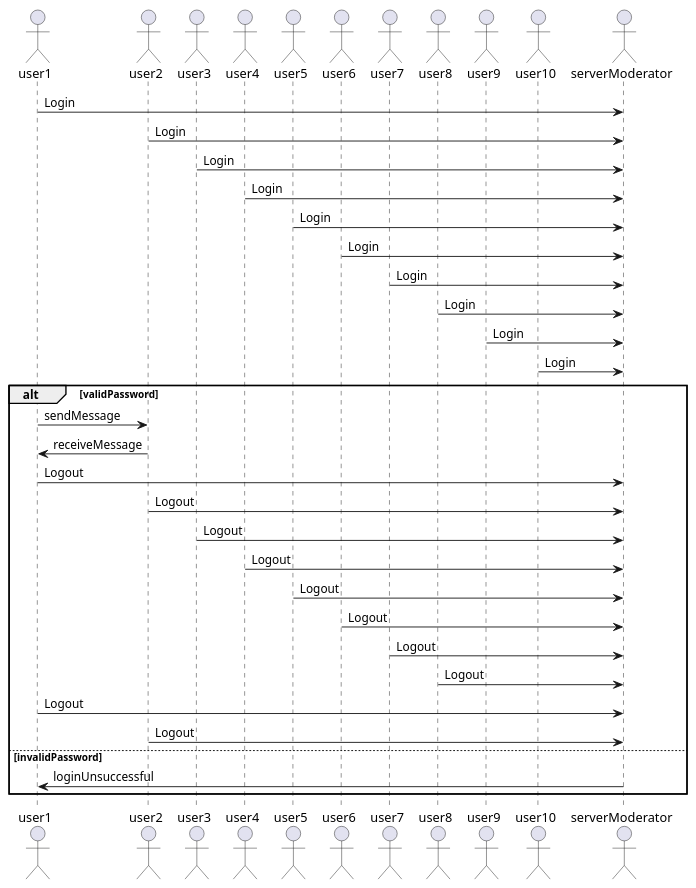
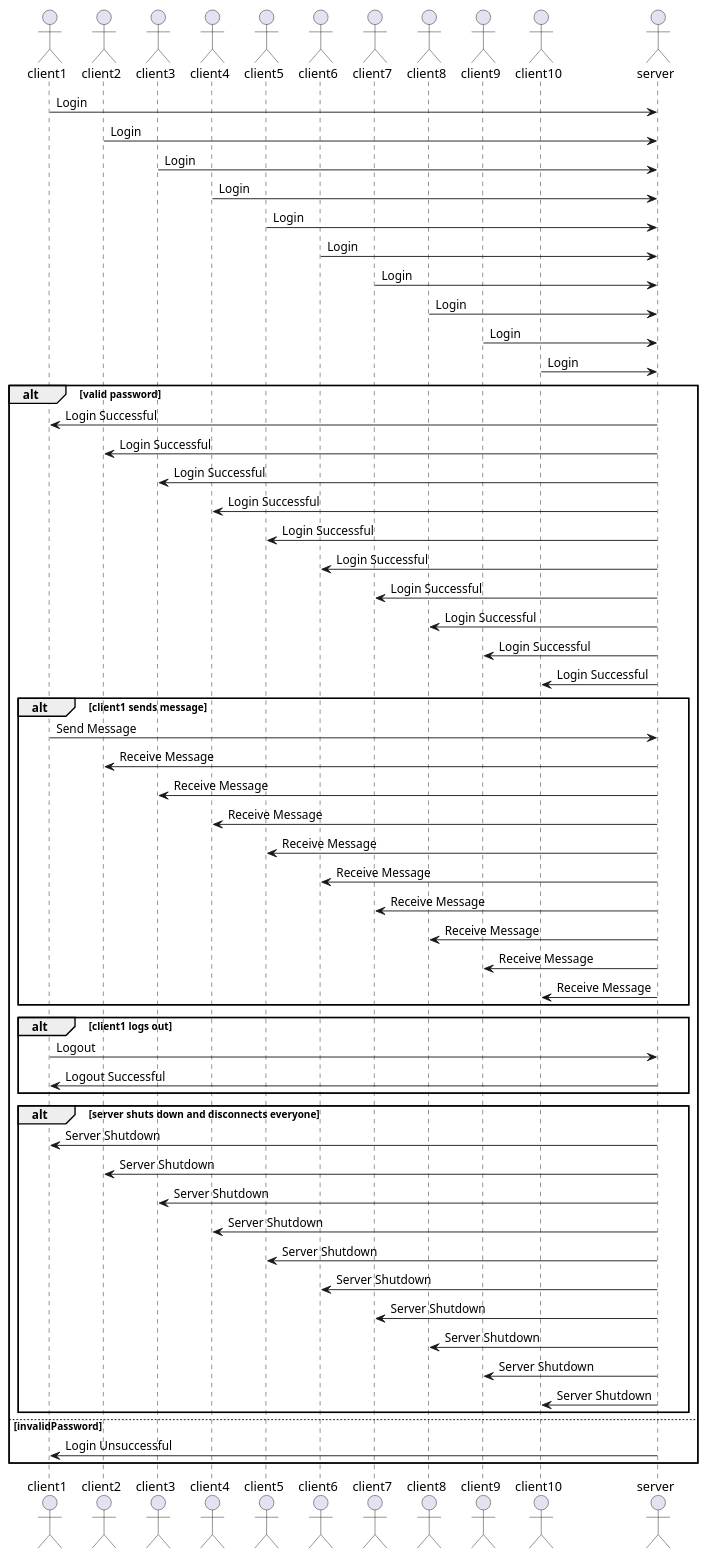
One commit to LivSully/SecureChat---Encrypted-Multi-Client-Messaging-Platform changed the diagram in docs/Project1Sequence.puml. Above: the diagram before and after it, drawn with PlantUML.

Commit message:
Updated sequence diagram to better reflect the updated version of our project

```diff
--- a/docs/Project1Sequence.puml
+++ b/docs/Project1Sequence.puml
@@ -1,42 +1,73 @@
 @startuml secureChat
 
-actor user1
-actor user2
-actor user3
-actor user4
-actor user5
-actor user6
-actor user7
-actor user8
-actor user9
-actor user10
-actor serverModerator
+actor client1
+actor client2
+actor client3
+actor client4
+actor client5
+actor client6
+actor client7
+actor client8
+actor client9
+actor client10
+actor server
 
-user1 -> serverModerator: Login
-user2 -> serverModerator: Login
-user3 -> serverModerator: Login
-user4 -> serverModerator: Login
-user5 -> serverModerator: Login
-user6 -> serverModerator: Login
-user7 -> serverModerator: Login
-user8 -> serverModerator: Login
-user9 -> serverModerator: Login
-user10 -> serverModerator: Login
-alt validPassword
-    user1 -> user2: sendMessage
-    user2 -> user1: receiveMessage
-    user1 -> serverModerator: Logout
-    user2 -> serverModerator: Logout
-    user3 -> serverModerator: Logout
-    user4 -> serverModerator: Logout
-    user5 -> serverModerator: Logout
-    user6 -> serverModerator: Logout
-    user7 -> serverModerator: Logout
-    user8 -> serverModerator: Logout
-    user1 -> serverModerator: Logout
-    user2 -> serverModerator: Logout
+client1 -> server: Login
+client2 -> server: Login
+client3 -> server: Login
+client4 -> server: Login
+client5 -> server: Login
+client6 -> server: Login
+client7 -> server: Login
+client8 -> server: Login
+client9 -> server: Login
+client10 -> server: Login
+
+alt valid password
+    server -> client1: Login Successful
+    server -> client2: Login Successful
+    server -> client3: Login Successful
+    server -> client4: Login Successful
+    server -> client5: Login Successful
+    server -> client6: Login Successful
+    server -> client7: Login Successful
+    server -> client8: Login Successful
+    server -> client9: Login Successful
+    server -> client10: Login Successful
+    
+    alt client1 sends message 
+        client1 -> server: Send Message
+        server -> client2: Receive Message
+        server -> client3: Receive Message
+        server -> client4: Receive Message
+        server -> client5: Receive Message
+        server -> client6: Receive Message
+        server -> client7: Receive Message
+        server -> client8: Receive Message
+        server -> client9: Receive Message
+        server -> client10: Receive Message
+    end
+    
+    alt client1 logs out
+        client1 -> server: Logout
+        server -> client1: Logout Successful
+    end
+
+    alt server shuts down and disconnects everyone
+        server -> client1: Server Shutdown
+        server -> client2: Server Shutdown
+        server -> client3: Server Shutdown
+        server -> client4: Server Shutdown
+        server -> client5: Server Shutdown
+        server -> client6: Server Shutdown
+        server -> client7: Server Shutdown
+        server -> client8: Server Shutdown
+        server -> client9: Server Shutdown
+        server -> client10: Server Shutdown
+    end
+    
 else invalidPassword
-    serverModerator -> user1: loginUnsuccessful
+    server -> client1: Login Unsuccessful
 end
 
 @enduml
```
